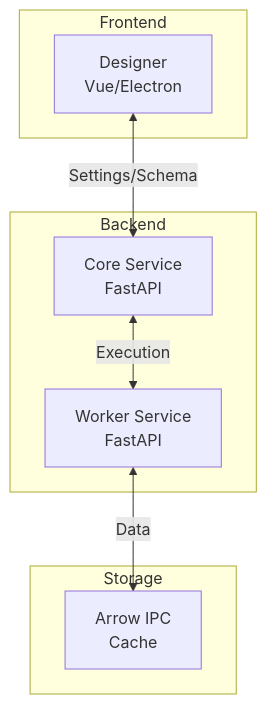
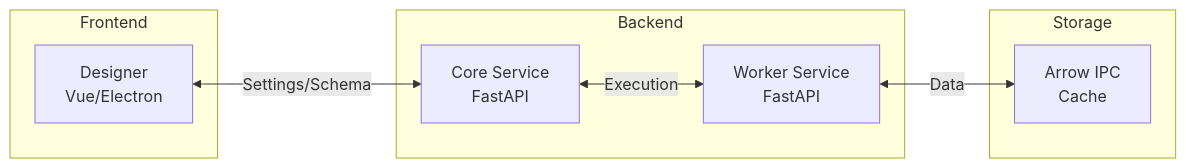
One commit to Edwardvaneechoud/Flowfile changed the second of 2 diagrams in docs/for-developers/flowfile-for-developers.md. Above: the diagram before and after it, drawn with Mermaid.

Commit message:
change order mermaid from td to lr"

````diff
--- a/docs/for-developers/flowfile-for-developers.md
+++ b/docs/for-developers/flowfile-for-developers.md
@@ -503,19 +503,19 @@
 ```mermaid
-graph TB
+graph LR
     subgraph "Frontend"
         A[Designer<br/>Vue/Electron]
     end
     
     subgraph "Backend"
         B[Core Service<br/>FastAPI]
         C[Worker Service<br/>FastAPI]
     end
     
     subgraph "Storage"
         D[Arrow IPC<br/>Cache]
     end
     
     A <-->|Settings/Schema| B
     B <-->|Execution| C
     C <-->|Data| D
 ```
````
